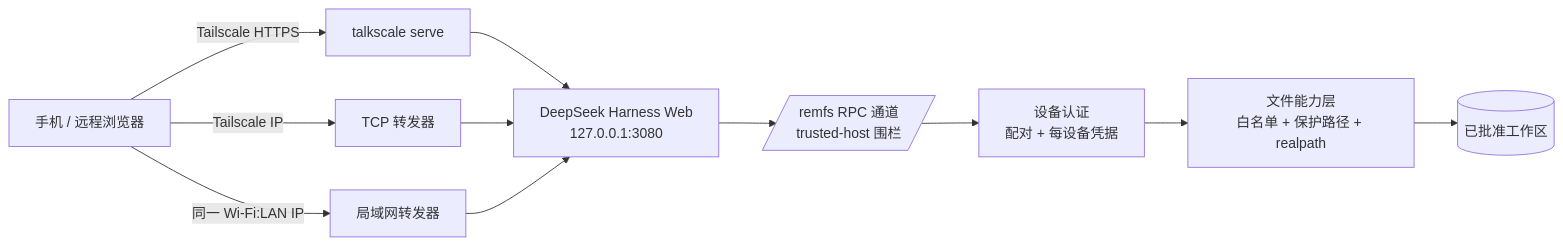
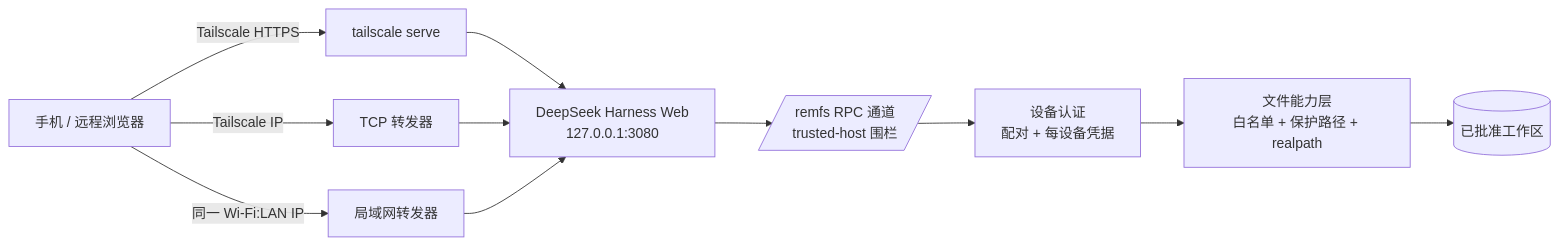
Before and after one commit to xianyu110/deepseek-harness-phone-remote: the diagram in README.zh.md, drawn with Mermaid. The commit also changed 15 other files, not shown here.

````diff
--- a/README.zh.md
+++ b/README.zh.md
@@ -19,13 +19,13 @@
 ```mermaid
 flowchart LR
-  P[手机 / 远程浏览器] -->|Tailscale HTTPS| S[talkscale serve]
+  P[手机 / 远程浏览器] -->|Tailscale HTTPS| S[tailscale serve]
   P -->|Tailscale IP| T[TCP 转发器]
   P -->|同一 Wi-Fi:LAN IP| L[局域网转发器]
   S --> H[DeepSeek Harness Web<br/>127.0.0.1:3080]
   T --> H
   L --> H
   H --> R[/remfs RPC 通道<br/>trusted-host 围栏/]
   R --> A[设备认证<br/>配对 + 每设备凭据]
   A --> F[文件能力层<br/>白名单 + 保护路径 + realpath]
   F --> W[(已批准工作区)]
 ```
````
